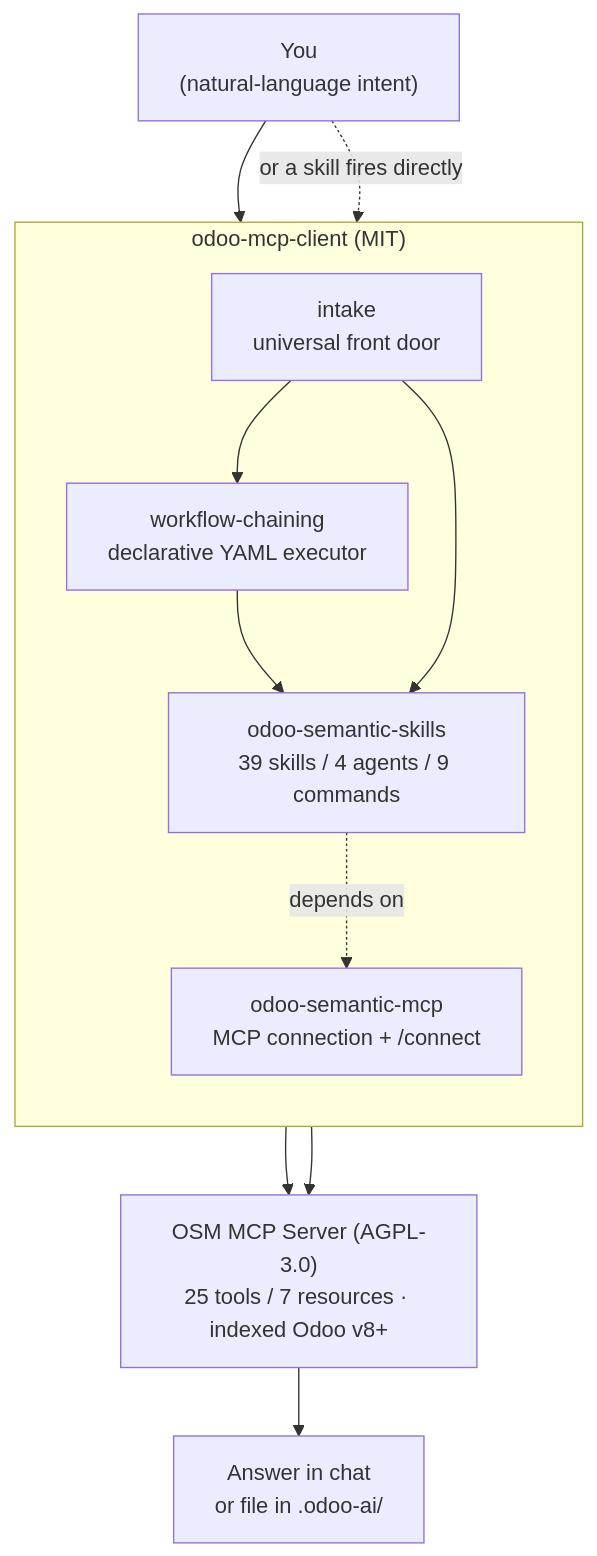
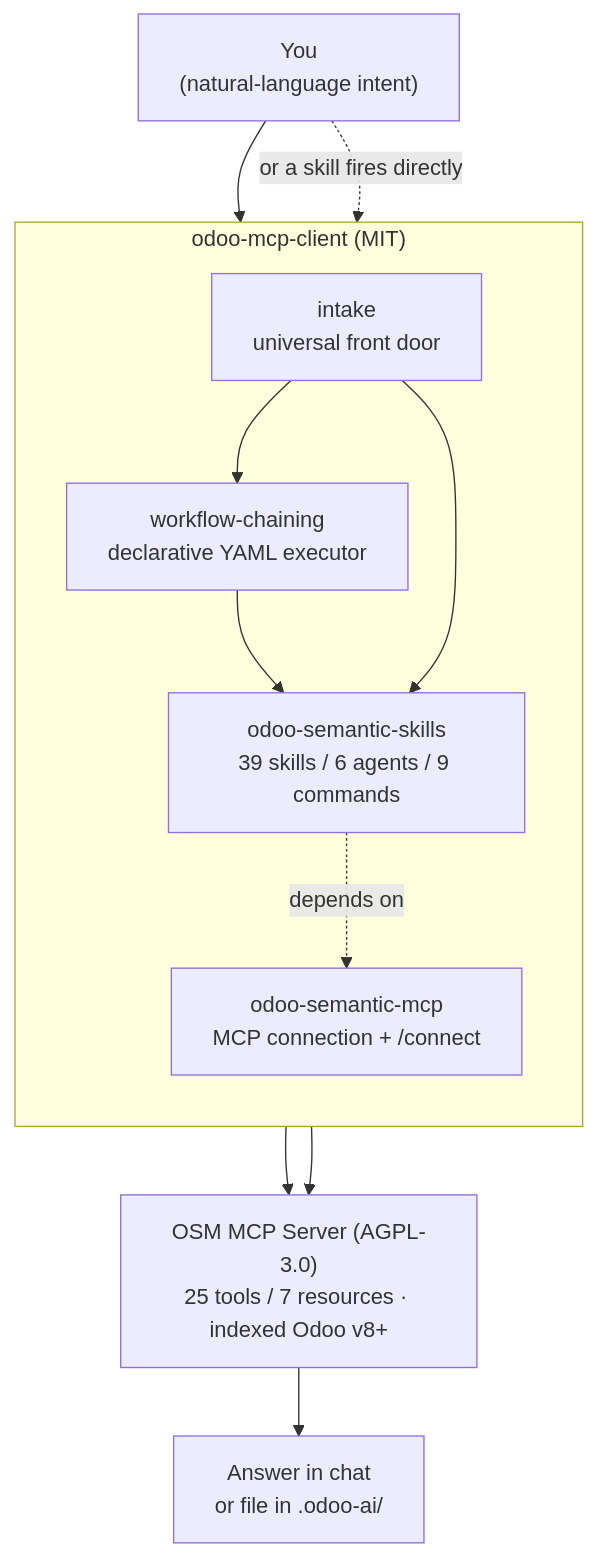
The diagram in README.md (Viindoo/odoo-mcp-client), drawn with Mermaid before and after one commit. The commit also changed other lines of this file and 39 other files, not shown here.

First line of the commit message:
feat(odoo-semantic-skills): odoo-debug front-door + specialist debug agents

````diff
--- a/README.md
+++ b/README.md
@@ -13,24 +13,24 @@
 ```mermaid
 flowchart TB
     You["You<br/>(natural-language intent)"]
 
     subgraph client["odoo-mcp-client (MIT)"]
         direction TB
         intake["intake<br/>universal front door"]
         wfrunner["workflow-chaining<br/>declarative YAML executor"]
-        skills["odoo-semantic-skills<br/>39 skills / 4 agents / 9 commands"]
+        skills["odoo-semantic-skills<br/>39 skills / 6 agents / 9 commands"]
         mcp["odoo-semantic-mcp<br/>MCP connection + /connect"]
         intake --> wfrunner --> skills
         intake --> skills
         skills -. "depends on" .-> mcp
     end
 
     server["OSM MCP Server (AGPL-3.0)<br/>25 tools / 7 resources · indexed Odoo v8+"]
     out["Answer in chat<br/>or file in .odoo-ai/"]
 
     You --> intake
     You -. "or a skill fires directly" .-> skills
     skills --> server
     mcp --> server
     server --> out
 ```
````
